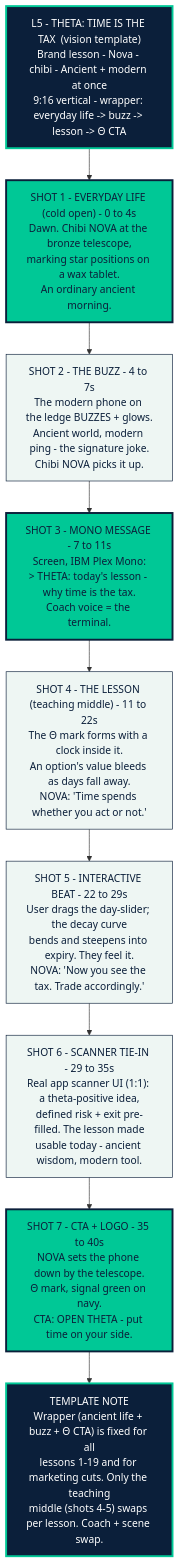
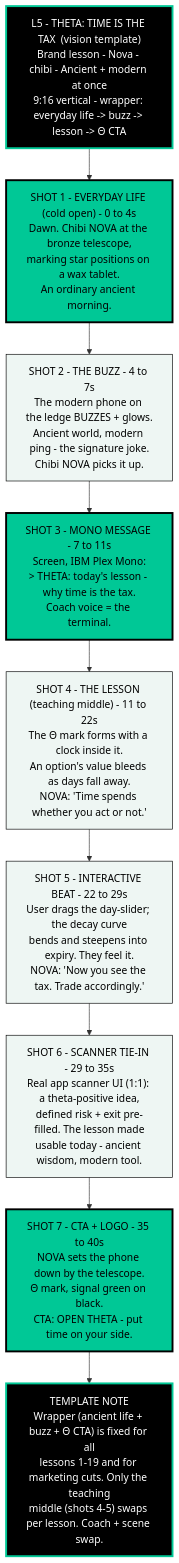
Before and after one commit to Dr-Duner/Dr-Duner: the diagram in theta/storyboard-L5-theta.mmd, drawn with Mermaid. The commit also changed 11 other files, not shown here.

First line of the commit message:
Global palette change: navy → black background; text = coach color

```diff
--- a/theta/storyboard-L5-theta.mmd
+++ b/theta/storyboard-L5-theta.mmd
@@ -1,22 +1,22 @@
 flowchart TB
   H["L5 - THETA: TIME IS THE TAX  (vision template)<br/>Brand lesson - Nova - chibi - Ancient + modern at once<br/>9:16 vertical - wrapper: everyday life -> buzz -> lesson -> Θ CTA"]:::brand
   H --> S1
   S1["SHOT 1 - EVERYDAY LIFE (cold open) - 0 to 4s<br/>Dawn. Chibi NOVA at the bronze telescope,<br/>marking star positions on a wax tablet.<br/>An ordinary ancient morning."]:::nova
   S1 --> S2
   S2["SHOT 2 - THE BUZZ - 4 to 7s<br/>The modern phone on the ledge BUZZES + glows.<br/>Ancient world, modern ping - the signature joke.<br/>Chibi NOVA picks it up."]:::shot
   S2 --> S3
   S3["SHOT 3 - MONO MESSAGE - 7 to 11s<br/>Screen, IBM Plex Mono:<br/>&gt; THETA: today's lesson - why time is the tax.<br/>Coach voice = the terminal."]:::nova
   S3 --> S4
   S4["SHOT 4 - THE LESSON (teaching middle) - 11 to 22s<br/>The Θ mark forms with a clock inside it.<br/>An option's value bleeds as days fall away.<br/>NOVA: 'Time spends whether you act or not.'"]:::shot
   S4 --> S5
   S5["SHOT 5 - INTERACTIVE BEAT - 22 to 29s<br/>User drags the day-slider; the decay curve<br/>bends and steepens into expiry. They feel it.<br/>NOVA: 'Now you see the tax. Trade accordingly.'"]:::shot
   S5 --> S6
   S6["SHOT 6 - SCANNER TIE-IN - 29 to 35s<br/>Real app scanner UI (1:1): a theta-positive idea,<br/>defined risk + exit pre-filled. The lesson made<br/>usable today - ancient wisdom, modern tool."]:::shot
   S6 --> S7
-  S7["SHOT 7 - CTA + LOGO - 35 to 40s<br/>NOVA sets the phone down by the telescope.<br/>Θ mark, signal green on navy.<br/>CTA: OPEN THETA - put time on your side."]:::nova
+  S7["SHOT 7 - CTA + LOGO - 35 to 40s<br/>NOVA sets the phone down by the telescope.<br/>Θ mark, signal green on black.<br/>CTA: OPEN THETA - put time on your side."]:::nova
   S7 --> F
   F["TEMPLATE NOTE<br/>Wrapper (ancient life + buzz + Θ CTA) is fixed for all<br/>lessons 1-19 and for marketing cuts. Only the teaching<br/>middle (shots 4-5) swaps per lesson. Coach + scene swap."]:::brand
 
-  classDef brand fill:#0b1f3a,color:#ffffff,stroke:#00c896,stroke-width:3px;
-  classDef nova fill:#00c896,color:#0b1f3a,stroke:#0b1f3a,stroke-width:3px;
-  classDef shot fill:#eef6f3,color:#0b1f3a,stroke:#0b1f3a,stroke-width:1px;
+  classDef brand fill:#000000,color:#ffffff,stroke:#00c896,stroke-width:3px;
+  classDef nova fill:#00c896,color:#000000,stroke:#000000,stroke-width:3px;
+  classDef shot fill:#eef6f3,color:#000000,stroke:#000000,stroke-width:1px;
```
